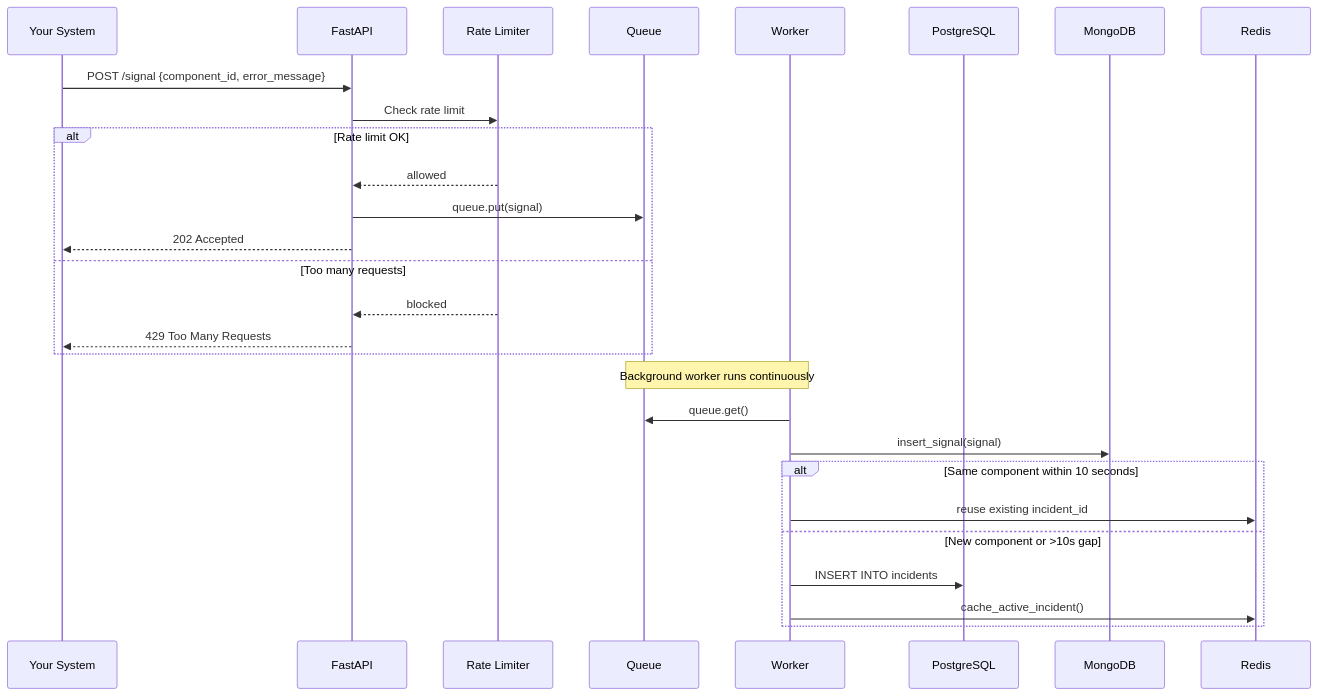
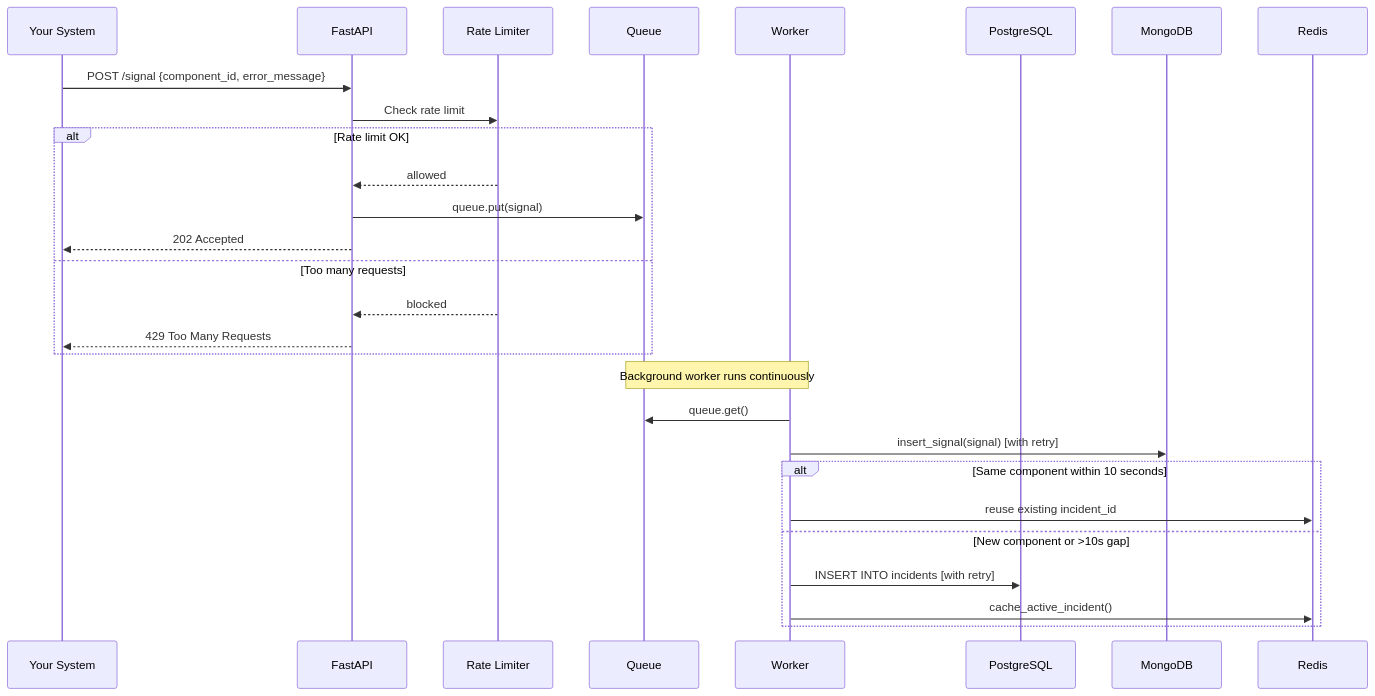
One commit to ManishKudtarkar/incident-management changed the second of 8 diagrams in README.md. Above: the diagram before and after it, drawn with Mermaid. The commit also changed other lines of this file and 9 other files, not shown here.

````diff
--- a/README.md
+++ b/README.md
@@ -127,34 +129,34 @@
 ```mermaid
 sequenceDiagram
     participant SYS as Your System
     participant API as FastAPI
     participant RL as Rate Limiter
     participant Q as Queue
     participant W as Worker
     participant PG as PostgreSQL
     participant MG as MongoDB
     participant RD as Redis
 
     SYS->>API: POST /signal {component_id, error_message}
     API->>RL: Check rate limit
     alt Rate limit OK
         RL-->>API: allowed
         API->>Q: queue.put(signal)
         API-->>SYS: 202 Accepted
     else Too many requests
         RL-->>API: blocked
         API-->>SYS: 429 Too Many Requests
     end
 
     Note over Q,W: Background worker runs continuously
 
     W->>Q: queue.get()
-    W->>MG: insert_signal(signal)
+    W->>MG: insert_signal(signal)  [with retry]
 
     alt Same component within 10 seconds
         W->>RD: reuse existing incident_id
     else New component or >10s gap
-        W->>PG: INSERT INTO incidents
+        W->>PG: INSERT INTO incidents  [with retry]
         W->>RD: cache_active_incident()
     end
 ```
````
